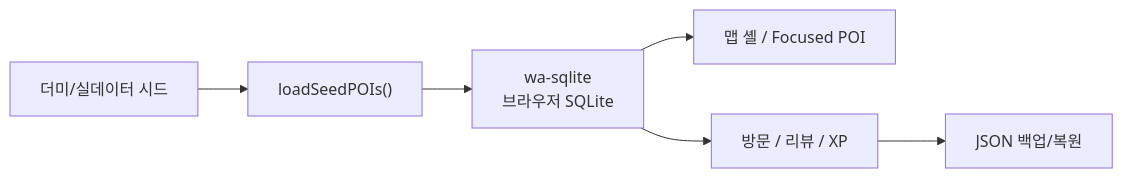
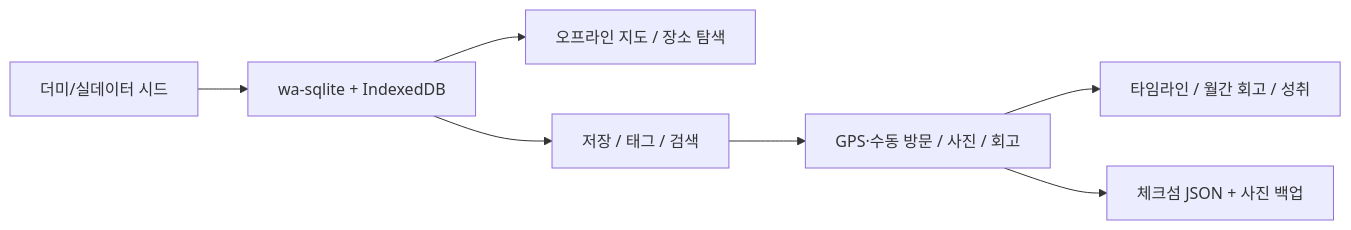
One commit to sinmb79/my-paso changed the diagram in README.md. Above: the diagram before and after it, drawn with Mermaid. The commit also changed other lines of this file and 132 other files, not shown here.

````diff
--- a/README.md
+++ b/README.md
@@ -8,8 +7,9 @@
 ```mermaid
 flowchart LR
-  Seed["더미/실데이터 시드"] --> Loader["loadSeedPOIs()"]
-  Loader --> DB["wa-sqlite<br/>브라우저 SQLite"]
-  DB --> Map["맵 셸 / Focused POI"]
-  DB --> Journal["방문 / 리뷰 / XP"]
-  Journal --> Export["JSON 백업/복원"]
+  Seed["더미/실데이터 시드"] --> DB["wa-sqlite + IndexedDB"]
+  DB --> Map["오프라인 지도 / 장소 탐색"]
+  DB --> Collection["저장 / 태그 / 검색"]
+  Collection --> Journal["GPS·수동 방문 / 사진 / 회고"]
+  Journal --> Insight["타임라인 / 월간 회고 / 성취"]
+  Journal --> Export["체크섬 JSON + 사진 백업"]
 ```
````
